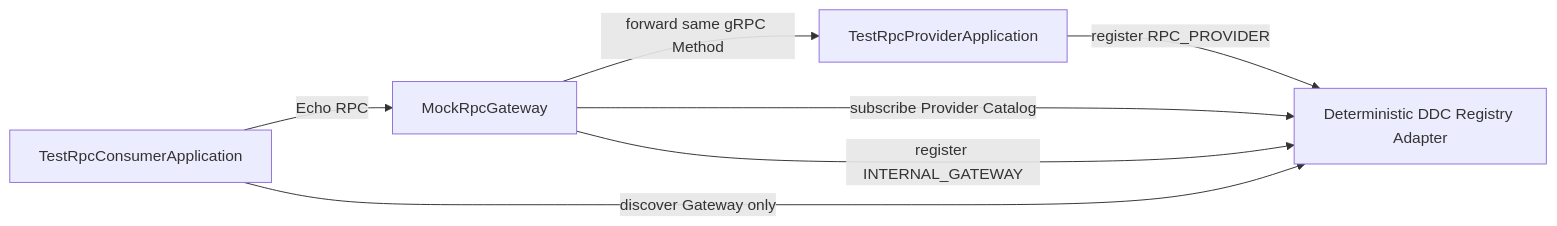
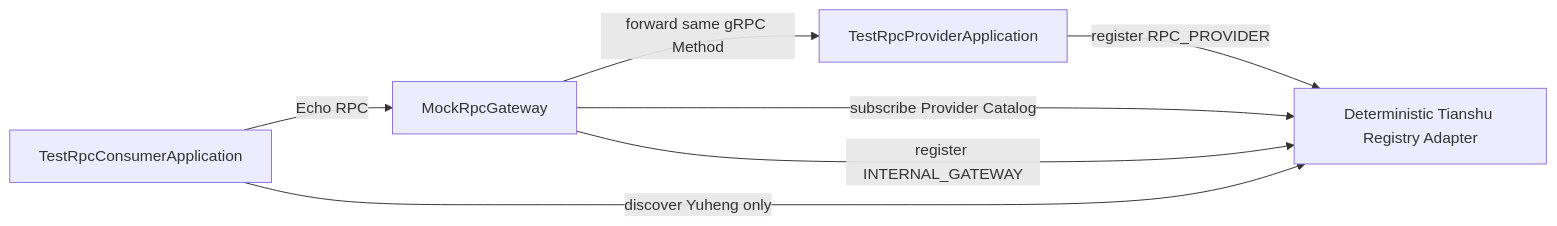
Before and after one commit to AllenDEricDAlexander/Egon-COLA: the second of 2 diagrams in docs/superpowers/specs/2026-07-24-ddc-standalone-rpc-framework-design.md, drawn with Mermaid. The commit also changed other lines of this file and 233 other files, not shown here.

````diff
--- a/docs/superpowers/specs/2026-07-24-ddc-standalone-rpc-framework-design.md
+++ b/docs/superpowers/specs/2026-07-24-ddc-standalone-rpc-framework-design.md
@@ -1648,14 +1648,14 @@
 ```mermaid
 flowchart LR
     Consumer["TestRpcConsumerApplication"]
-    Gateway["MockRpcGateway"]
+    Yuheng["MockRpcGateway"]
     Provider["TestRpcProviderApplication"]
-    Registry["Deterministic DDC Registry Adapter"]
+    Registry["Deterministic Tianshu Registry Adapter"]
 
     Provider -->|"register RPC_PROVIDER"| Registry
-    Gateway -->|"subscribe Provider Catalog"| Registry
-    Gateway -->|"register INTERNAL_GATEWAY"| Registry
-    Consumer -->|"discover Gateway only"| Registry
-    Consumer -->|"Echo RPC"| Gateway
-    Gateway -->|"forward same gRPC Method"| Provider
+    Yuheng -->|"subscribe Provider Catalog"| Registry
+    Yuheng -->|"register INTERNAL_GATEWAY"| Registry
+    Consumer -->|"discover Yuheng only"| Registry
+    Consumer -->|"Echo RPC"| Yuheng
+    Yuheng -->|"forward same gRPC Method"| Provider
 ```
````
